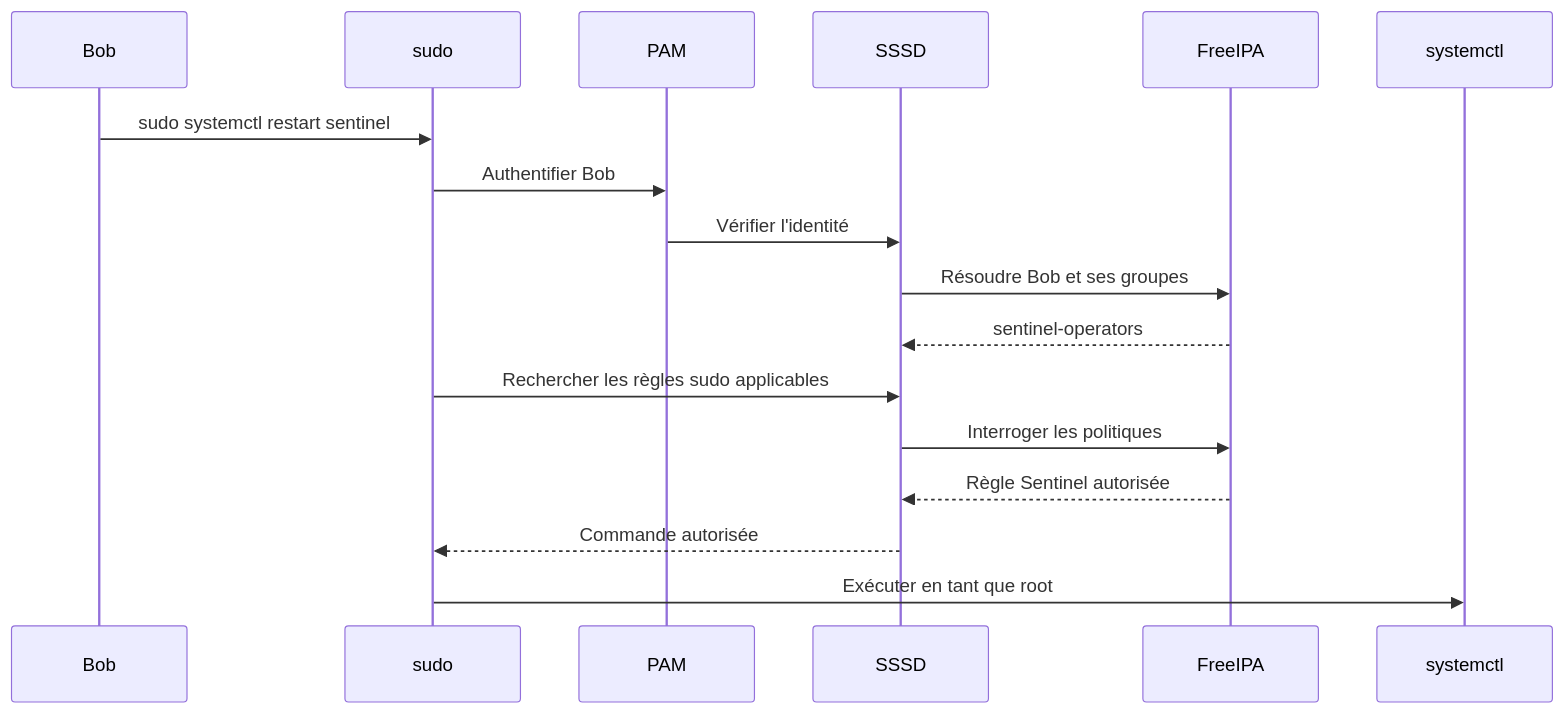
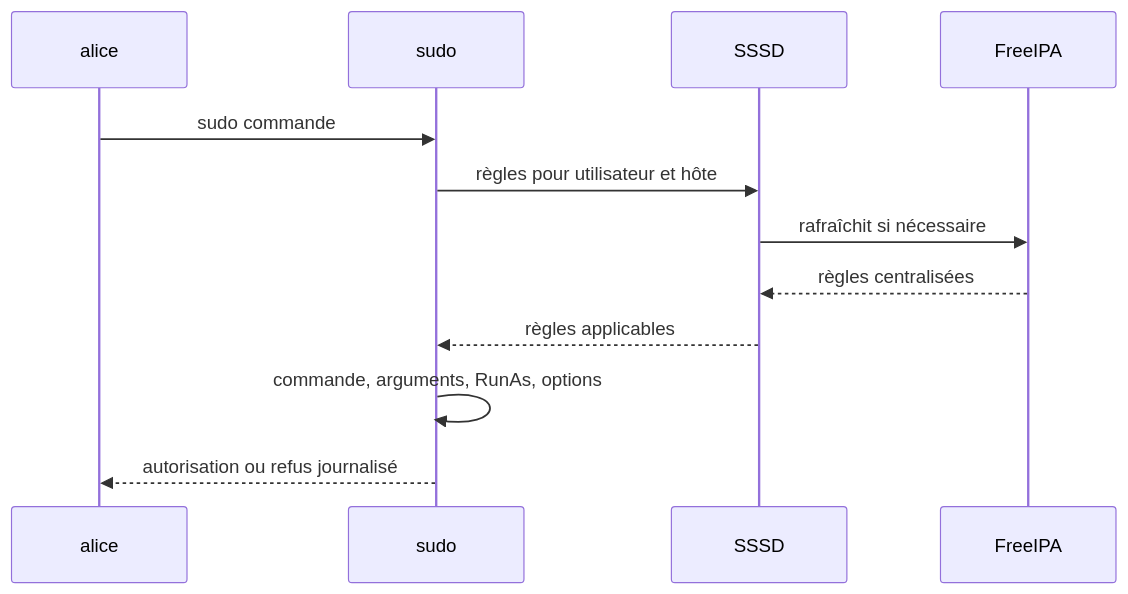
One commit to tdelaclos/formations changed the first of 3 diagrams in sentinel/docs/campagne_08/8.6-politiques-sudo.md. Above: the diagram before and after it, drawn with Mermaid. The commit also changed other lines of this file and 10 other files, not shown here.

Commit message:
Refondre la campagne 8 FreeIPA

````diff
--- a/sentinel/docs/campagne_08/8.6-politiques-sudo.md
+++ b/sentinel/docs/campagne_08/8.6-politiques-sudo.md
@@ -175,30 +44,14 @@
 ```mermaid
 sequenceDiagram
-
-    participant B as Bob
-    participant SUDO as sudo
-    participant PAM as PAM
-    participant SSSD as SSSD
-    participant IPA as FreeIPA
-    participant CMD as systemctl
-
-    B->>SUDO: sudo systemctl restart sentinel
-
-    SUDO->>PAM: Authentifier Bob
-
-    PAM->>SSSD: Vérifier l'identité
-
-    SSSD->>IPA: Résoudre Bob et ses groupes
-
-    IPA-->>SSSD: sentinel-operators
-
-    SUDO->>SSSD: Rechercher les règles sudo applicables
-
-    SSSD->>IPA: Interroger les politiques
-
-    IPA-->>SSSD: Règle Sentinel autorisée
-
-    SSSD-->>SUDO: Commande autorisée
-
-    SUDO->>CMD: Exécuter en tant que root
+    participant U as alice
+    participant S as sudo
+    participant D as SSSD
+    participant I as FreeIPA
+    U->>S: sudo commande
+    S->>D: règles pour utilisateur et hôte
+    D->>I: rafraîchit si nécessaire
+    I-->>D: règles centralisées
+    D-->>S: règles applicables
+    S->>S: commande, arguments, RunAs, options
+    S-->>U: autorisation ou refus journalisé
 ```
````
